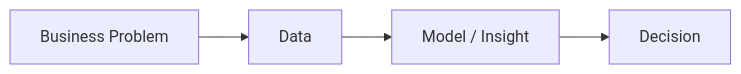
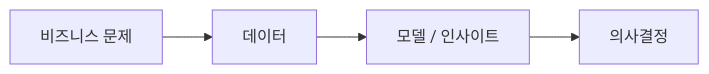
Before and after one commit to yeongseon-books/book-content: the diagram in content/data-science-101/ko/01-what-is-data-science.md, drawn with Mermaid. The commit also changed other lines of this file and 9 other files, not shown here.

````diff
--- a/content/data-science-101/ko/01-what-is-data-science.md
+++ b/content/data-science-101/ko/01-what-is-data-science.md
@@ -35,6 +55,6 @@
 ```mermaid
 flowchart LR
-    Problem["Business Problem"] --> Data["Data"]
-    Data --> Model["Model / Insight"]
-    Model --> Decision["Decision"]
+    Problem["비즈니스 문제"] --> Data["데이터"]
+    Data --> Model["모델 / 인사이트"]
+    Model --> Decision["의사결정"]
 ```
````
